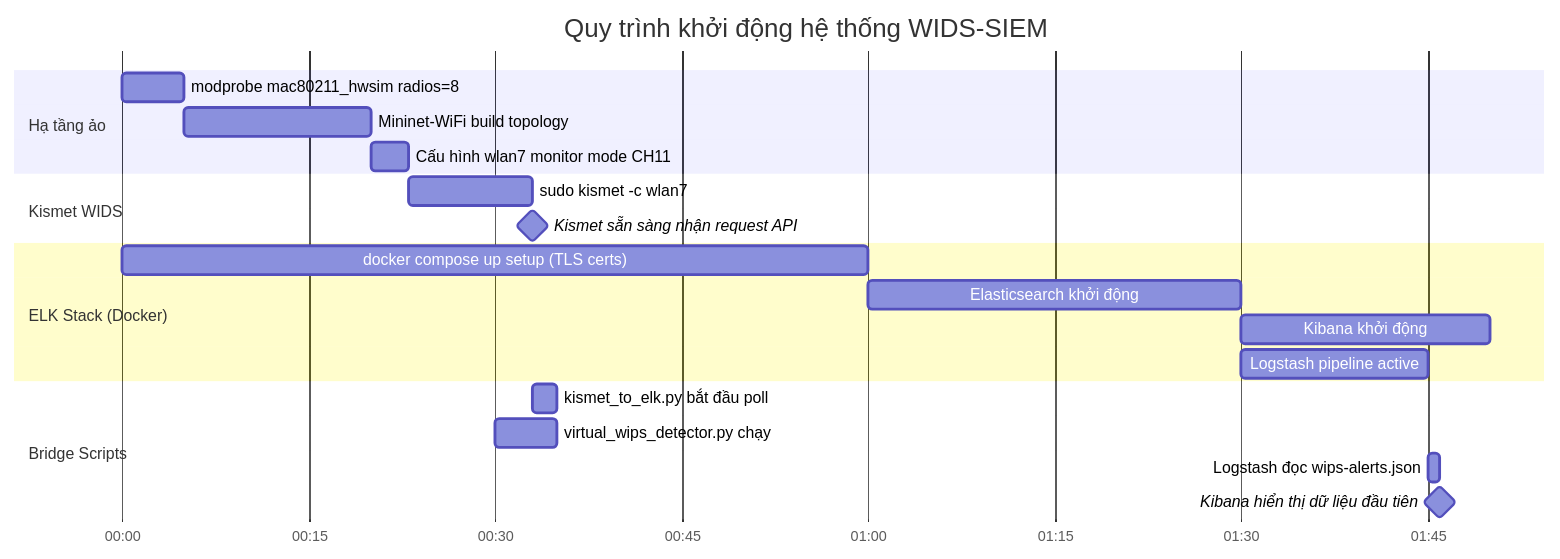
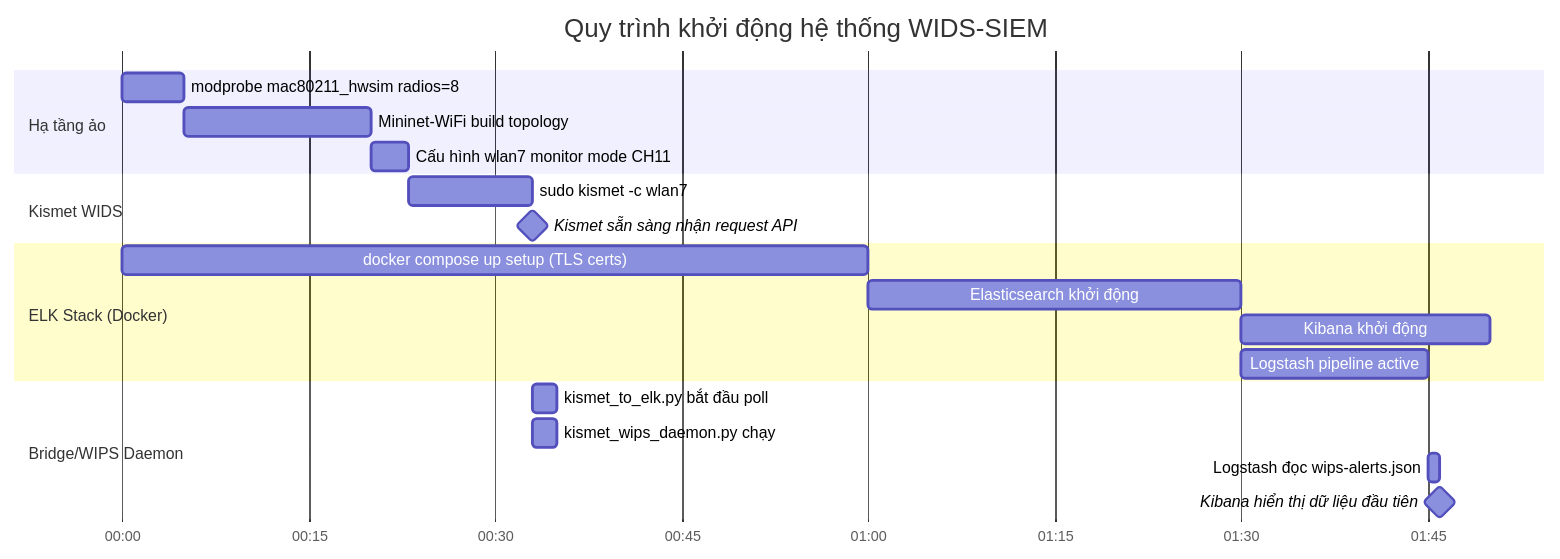
One commit to ph4n10m1808/wireless-mobile-network-security-project changed the sixth of 7 diagrams in DATA_FLOW.md. Above: the diagram before and after it, drawn with Mermaid. The commit also changed other lines of this file and 11 other files, not shown here.

````diff
--- a/DATA_FLOW.md
+++ b/DATA_FLOW.md
@@ -270,27 +276,27 @@
 ```mermaid
 gantt
     title Quy trình khởi động hệ thống WIDS-SIEM
     dateFormat  mm:ss
     axisFormat  %M:%S
 
     section Hạ tầng ảo
     modprobe mac80211_hwsim radios=8      :a1, 00:00, 5s
     Mininet-WiFi build topology            :a2, after a1, 15s
     Cấu hình wlan7 monitor mode CH11      :a3, after a2, 3s
 
     section Kismet WIDS
     sudo kismet -c wlan7                   :b1, after a3, 10s
     Kismet sẵn sàng nhận request API      :milestone, b2, after b1, 0s
 
     section ELK Stack (Docker)
     docker compose up setup (TLS certs)    :c1, 00:00, 60s
     Elasticsearch khởi động               :c2, after c1, 30s
     Kibana khởi động                       :c3, after c2, 20s
     Logstash pipeline active               :c4, after c2, 15s
 
-    section Bridge Scripts
+    section Bridge/WIPS Daemon
     kismet_to_elk.py bắt đầu poll         :d1, after b2, 2s
-    virtual_wips_detector.py chạy         :d2, 00:30, 5s
+    kismet_wips_daemon.py chạy            :d2, after b2, 2s
     Logstash đọc wips-alerts.json         :d3, after c4, 1s
     Kibana hiển thị dữ liệu đầu tiên      :milestone, d4, after d3, 0s
 ```
````
